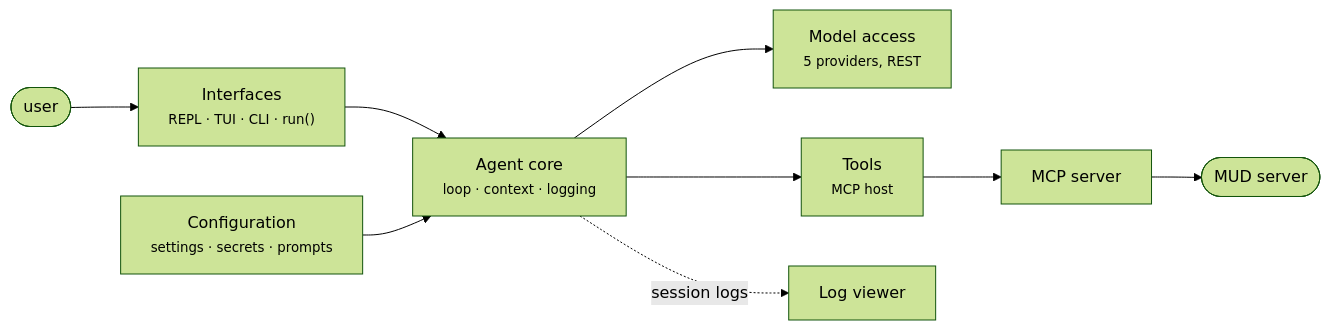
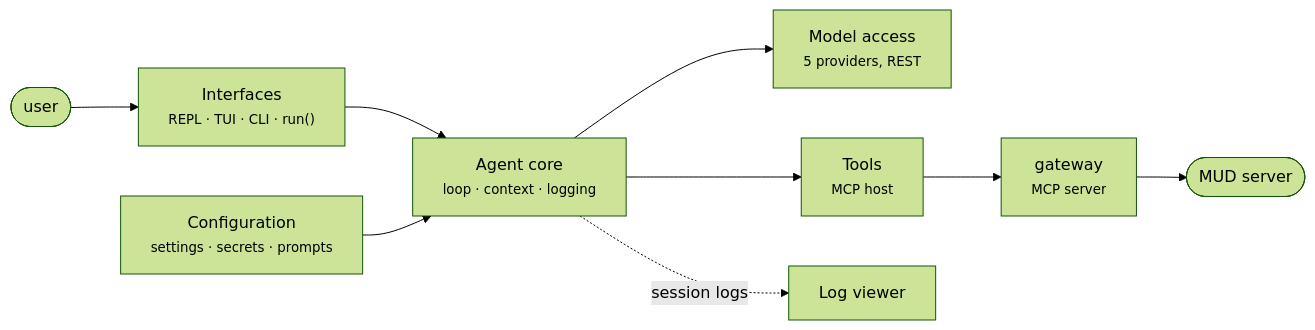
Before and after one commit to IbnouT/claude-code-camp-2026-Q2: the diagram in week2_capable/agent/README.md, drawn with Mermaid (forest theme). The commit also changed other lines of this file and 6 other files, not shown here.

````diff
--- a/week2_capable/agent/README.md
+++ b/week2_capable/agent/README.md
@@ -8,10 +8,10 @@
 ```mermaid
 flowchart LR
     User(["user"]) --> Iface["Interfaces<br/><small>REPL · TUI · CLI · run()</small>"]
     Iface --> Core["Agent core<br/><small>loop · context · logging</small>"]
     Cfg["Configuration<br/><small>settings · secrets · prompts</small>"] --> Core
     Core --> Model["Model access<br/><small>5 providers, REST</small>"]
     Core --> Tools["Tools<br/><small>MCP host</small>"]
-    Tools --> MM["MCP server"] --> MUD(["MUD server"])
+    Tools --> GW["gateway<br/><small>MCP server</small>"] --> MUD(["MUD server"])
     Core -.session logs.-> Viewer["Log viewer"]
 ```
````
